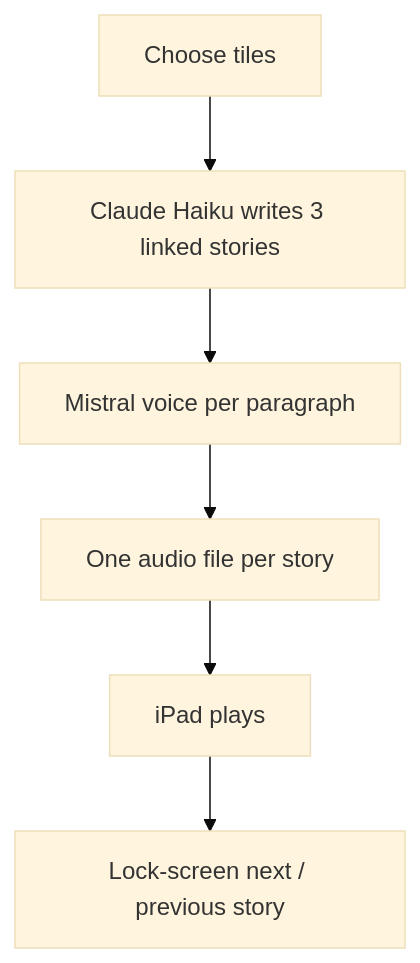
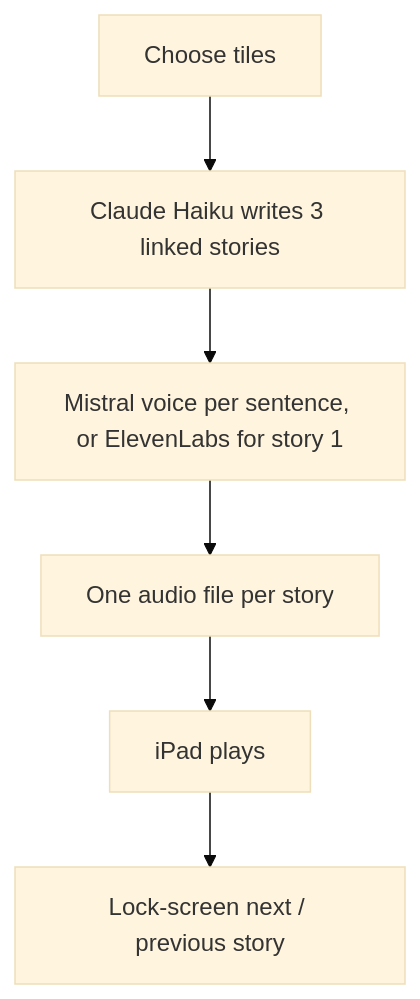
One commit to EmminiX/storytime changed the diagram in README.md. Above: the diagram before and after it, drawn with Mermaid (base theme). The commit also changed other lines of this file and 20 other files, not shown here.

````diff
--- a/README.md
+++ b/README.md
@@ -26,8 +44,8 @@
 ```mermaid
 flowchart TD
     A[Choose tiles] --> B[Claude Haiku writes 3 linked stories]
-    B --> C[Mistral voice per paragraph]
+    B --> C[Mistral voice per sentence, or ElevenLabs for story 1]
     C --> D[One audio file per story]
     D --> E[iPad plays]
     E --> F[Lock-screen next / previous story]
 ```
````
